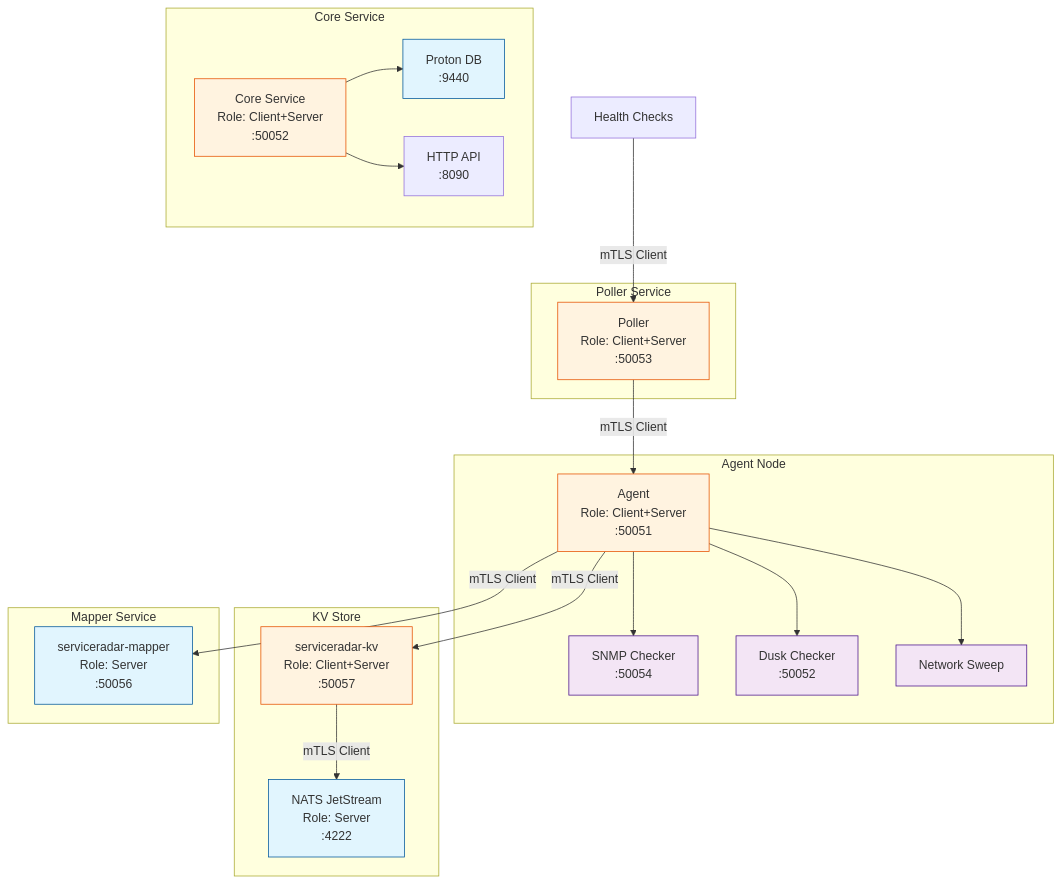
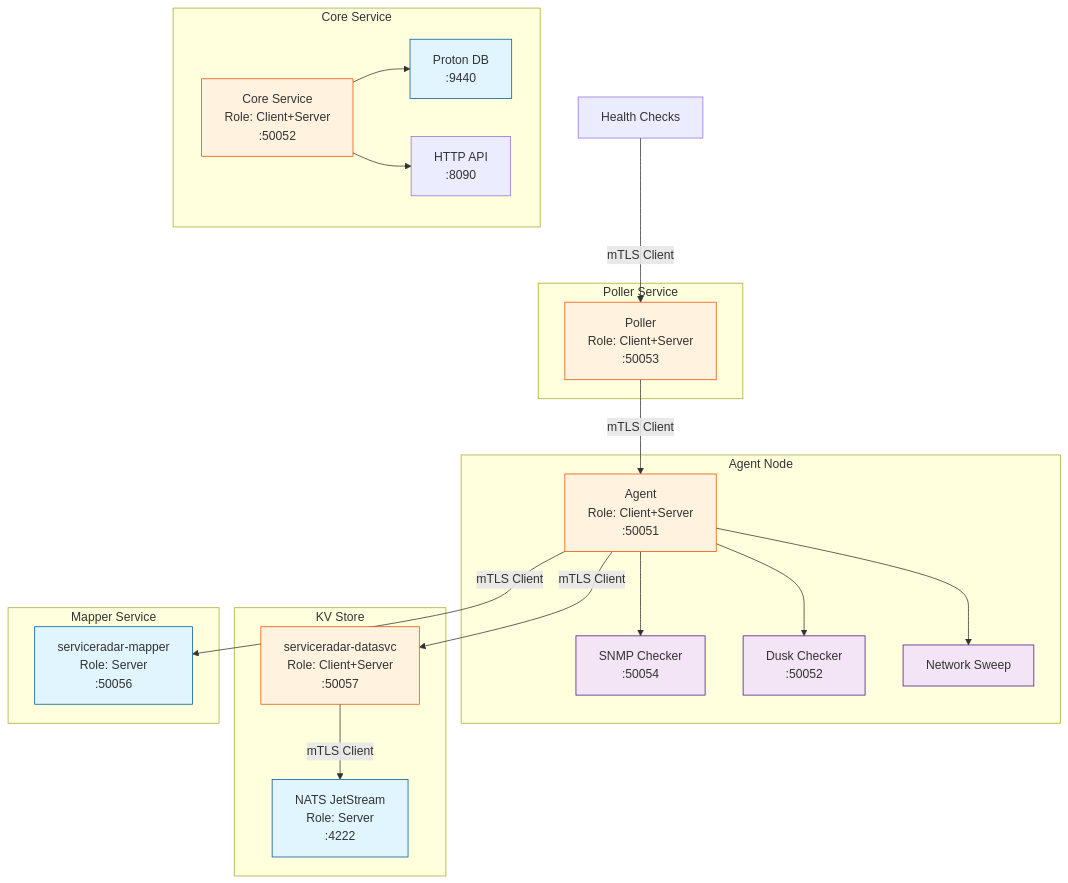
Before and after one commit to carverauto/serviceradar: the diagram in docs/docs/tls-security.md, drawn with Mermaid. The commit also changed other lines of this file and 82 other files, not shown here.

````diff
--- a/docs/docs/tls-security.md
+++ b/docs/docs/tls-security.md
@@ -14,52 +14,52 @@
 ```mermaid
 graph TB
     subgraph "Agent Node"
         AG[Agent<br/>Role: Client+Server<br/>:50051]
         SNMPCheck[SNMP Checker<br/>:50054]
         DuskCheck[Dusk Checker<br/>:50052]
         SweepCheck[Network Sweep]
         AG --> SNMPCheck
         AG --> DuskCheck
         AG --> SweepCheck
     end
 
     subgraph "Poller Service"
         PL[Poller<br/>Role: Client+Server<br/>:50053]
     end
 
     subgraph "Core Service"
         CL[Core Service<br/>Role: Client+Server<br/>:50052]
         DB[Proton DB<br/>:9440]
         API[HTTP API<br/>:8090]
         CL --> DB
         CL --> API
     end
 
     subgraph "KV Store"
-        KV[serviceradar-kv<br/>Role: Client+Server<br/>:50057]
+        KV[serviceradar-datasvc<br/>Role: Client+Server<br/>:50057]
         NATS[NATS JetStream<br/>Role: Server<br/>:4222]
         KV -->|mTLS Client| NATS
         AG -->|mTLS Client| KV
     end
 
     subgraph "Mapper Service"
         MAP[serviceradar-mapper<br/>Role: Server<br/>:50056]
     end
 
 %% Client connections from Poller to Agent
     PL -->|mTLS Client| AG
 
 %% Server connections to Poller
     HC1[Health Checks] -->|mTLS Client| PL
 
 %% Client connections from Agent to Mapper
     AG -->|mTLS Client| MAP
 
     classDef server fill:#e1f5fe,stroke:#01579b
     classDef client fill:#f3e5f5,stroke:#4a148c
     classDef dual fill:#fff3e0,stroke:#e65100
 
     class NATS,DB,MAP server
     class AG,PL,CL,KV dual
     class SNMPCheck,DuskCheck,SweepCheck client
 ```
````
